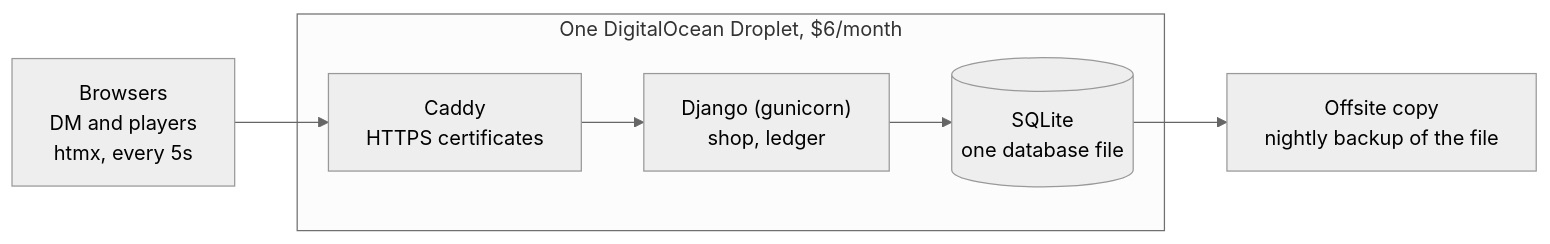
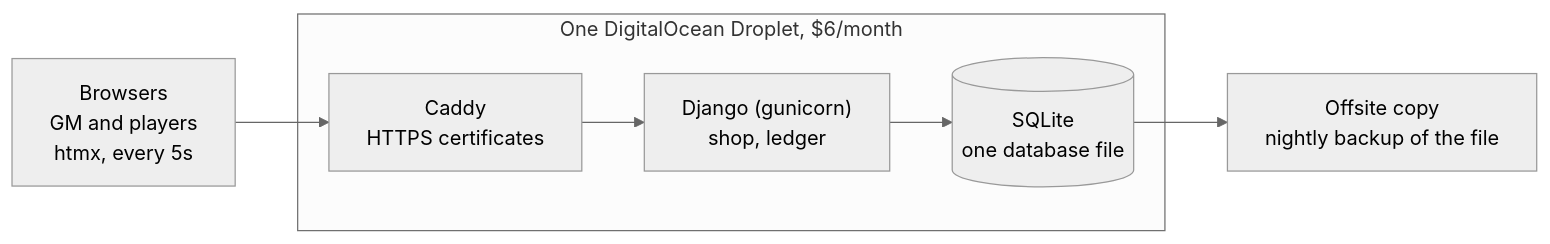
One commit to bernvaughn/west-marches-game-tracker-app changed the diagram in README.md. Above: the diagram before and after it, drawn with Mermaid (neutral theme). The commit also changed other lines of this file and 1 other file, not shown here.

````diff
--- a/README.md
+++ b/README.md
@@ -30,8 +32,8 @@
 ```mermaid
 flowchart LR
-    B["Browsers<br/>DM and players<br/>htmx, every 5s"] --> C
+    B["Browsers<br/>GM and players<br/>htmx, every 5s"] --> C
     subgraph D["One DigitalOcean Droplet, $6/month"]
         C["Caddy<br/>HTTPS certificates"] --> G["Django (gunicorn)<br/>shop, ledger"] --> S[("SQLite<br/>one database file")]
     end
     S --> O["Offsite copy<br/>nightly backup of the file"]
 ```
````
